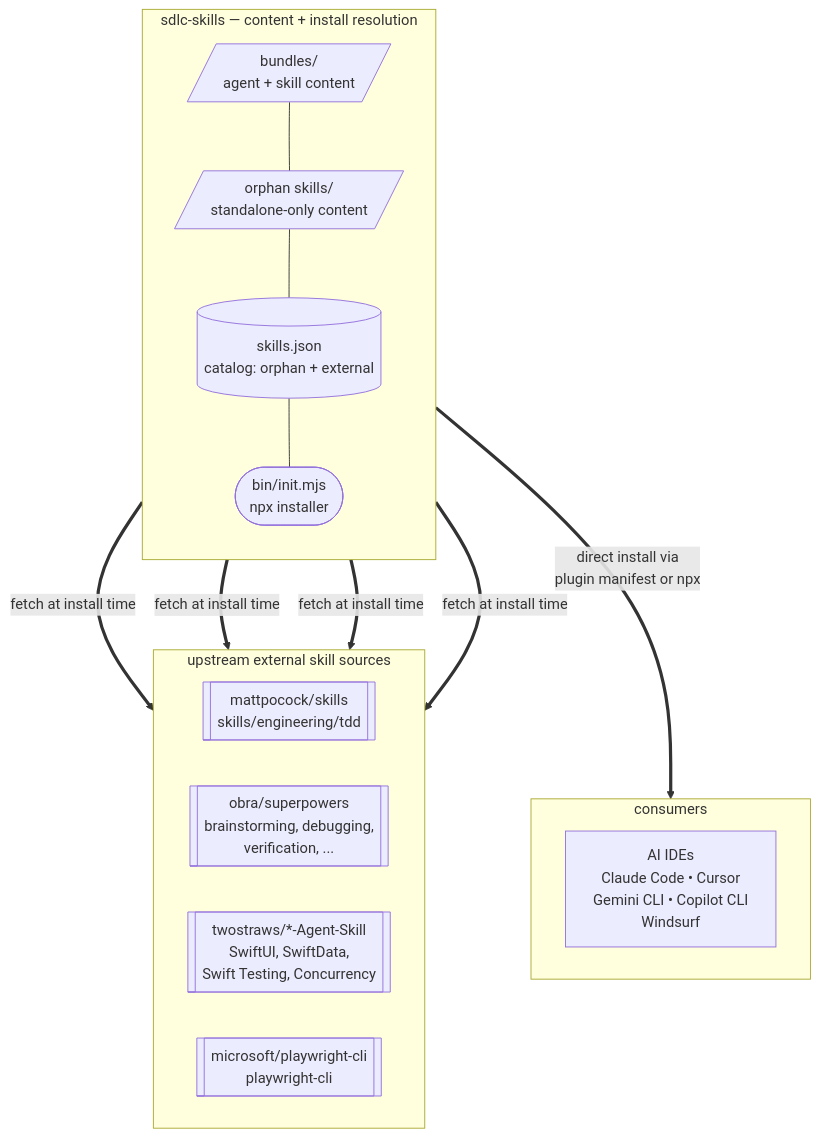
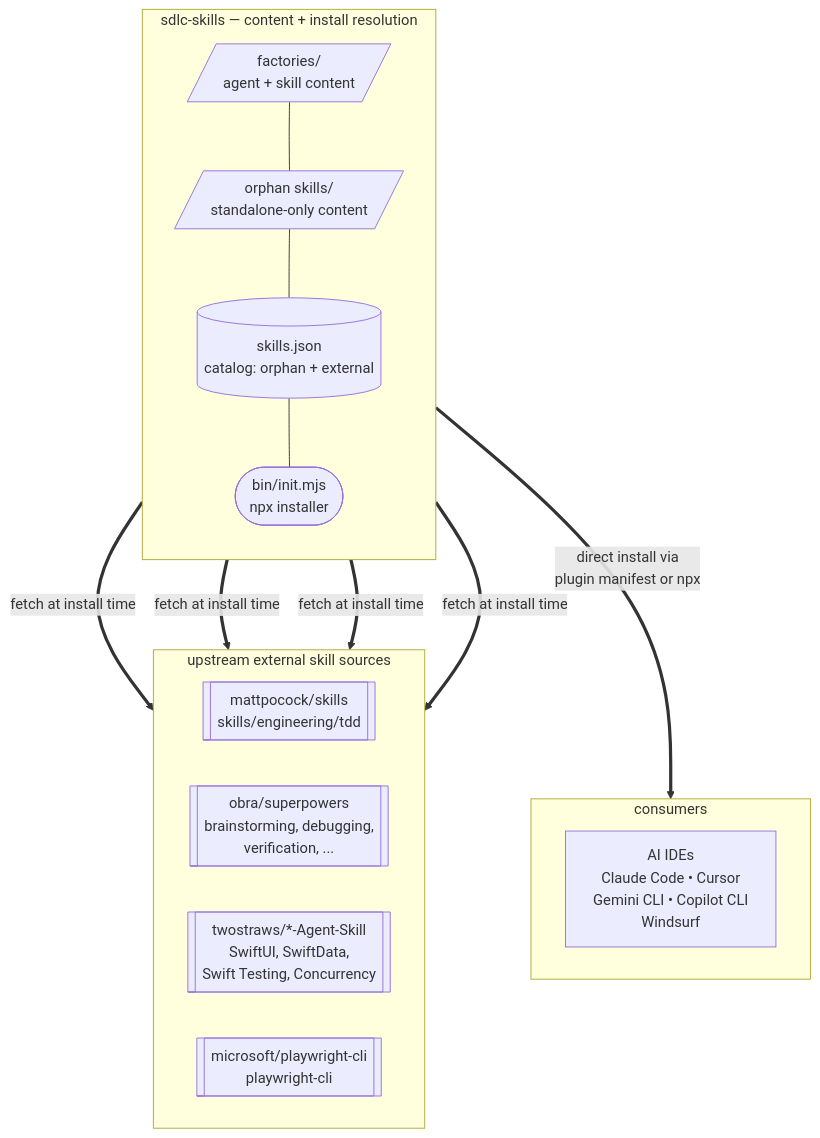
Before and after one commit to arozumenko/sdlc-skills: the diagram in README.md, drawn with Mermaid. The commit also changed other lines of this file and 637 other files, not shown here.

Commit message:
refactor: rename bundles → factories + adopt FACTORY.md catalog schema (#65)

````diff
--- a/README.md
+++ b/README.md
@@ -15,33 +15,33 @@
 ```mermaid
 flowchart TB
     subgraph sdlc["sdlc-skills — content + install resolution"]
         direction TB
-        agents[/"bundles/<br/>agent + skill content"/]
+        agents[/"factories/<br/>agent + skill content"/]
         skills[/"orphan skills/<br/>standalone-only content"/]
         registry[("skills.json<br/>catalog: orphan + external")]
         installer(["bin/init.mjs<br/>npx installer"])
         agents --- skills
         skills --- registry
         registry --- installer
     end
 
     subgraph consumers["consumers"]
         direction LR
         ides["AI IDEs<br/>Claude Code • Cursor<br/>Gemini CLI • Copilot CLI<br/>Windsurf"]
     end
 
     subgraph externals["upstream external skill sources"]
         direction LR
         ext_matt[["mattpocock/skills<br/>skills/engineering/tdd"]]
         ext_obra[["obra/superpowers<br/>brainstorming, debugging,<br/>verification, ..."]]
         ext_tws[["twostraws/*-Agent-Skill<br/>SwiftUI, SwiftData,<br/>Swift Testing, Concurrency"]]
         ext_msft[["microsoft/playwright-cli<br/>playwright-cli"]]
     end
 
     installer ==>|fetch at install time| ext_matt
     installer ==>|fetch at install time| ext_obra
     installer ==>|fetch at install time| ext_tws
     installer ==>|fetch at install time| ext_msft
 
     sdlc ==>|direct install via<br/>plugin manifest or npx| ides
 ```
````
